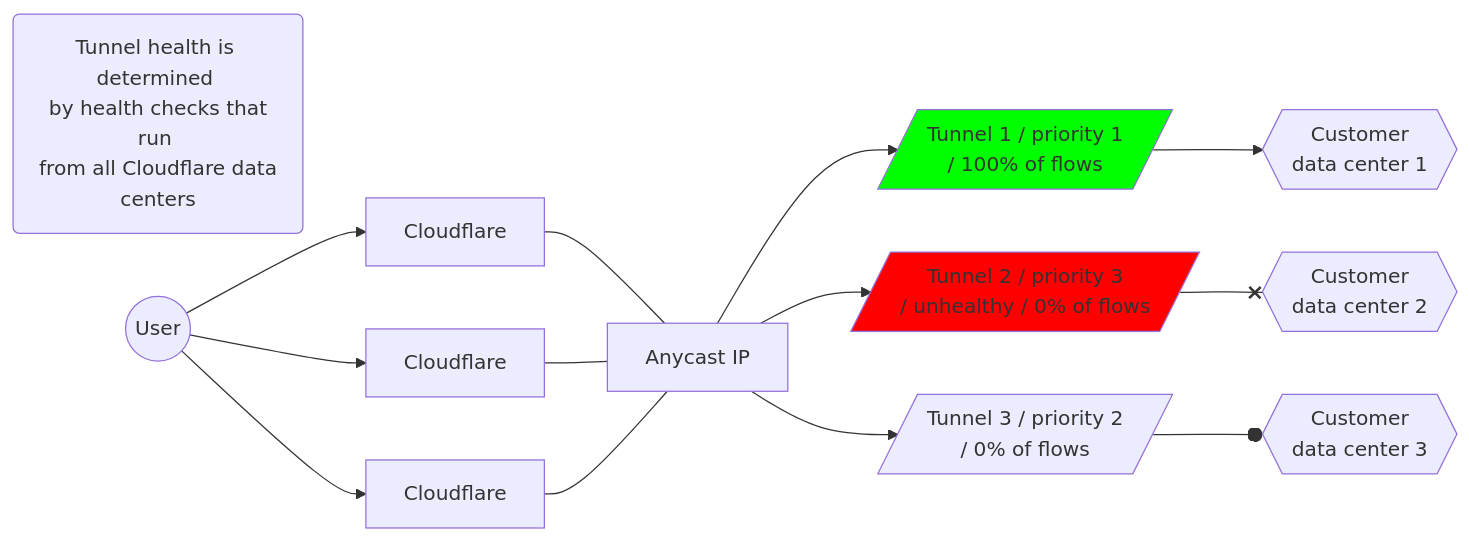
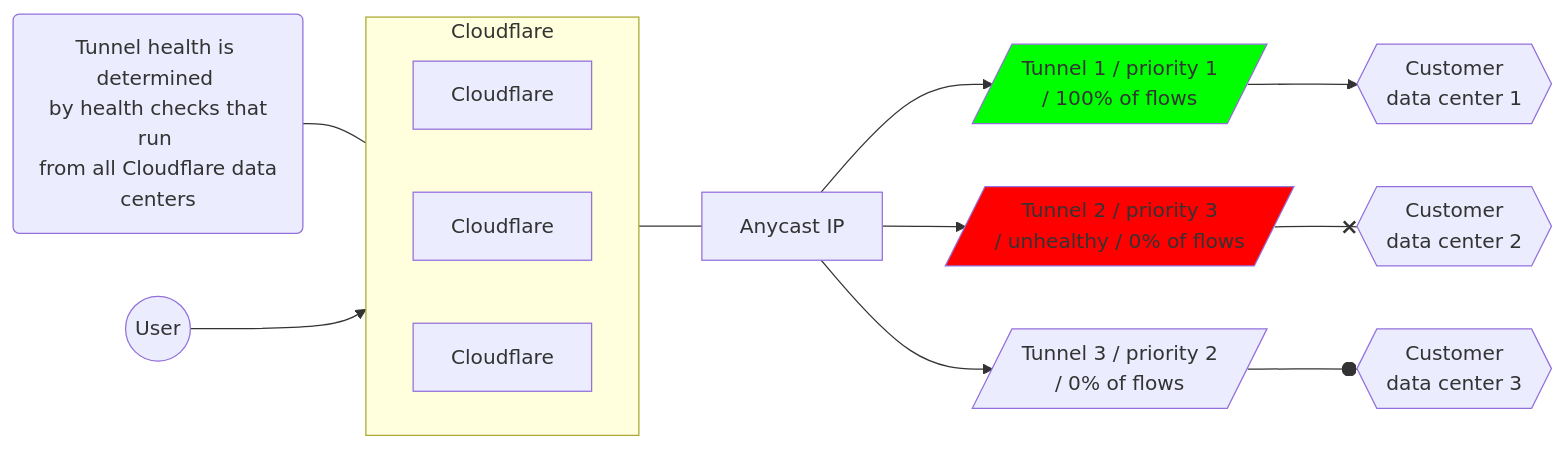
One commit to cloudflare/cloudflare-docs changed the third of 4 diagrams in content/magic-transit/reference/traffic-steering.md. Above: the diagram before and after it, drawn with Mermaid. The commit also changed other lines of this file, not shown here.

Commit message:
corrected graphics

````diff
--- a/content/magic-transit/reference/traffic-steering.md
+++ b/content/magic-transit/reference/traffic-steering.md
@@ -67,12 +83,20 @@
 ```mermaid
 flowchart LR
 accTitle: Tunnels diagram
 accDescr: This example has Tunnel 2 unhealthy, and all traffic prioritized to Tunnel 1.
+
+subgraph Cloudflare
+direction LR
+B[Cloudflare]
+C[Cloudflare]
+D[Cloudflare]
+end
+
+Z(Tunnel health is determined <br> by health checks that run <br> from all Cloudflare data centers) --- Cloudflare
+A((User)) --> Cloudflare --- E[Anycast IP]
+E[Anycast IP] --> F[/Tunnel 1 / priority 1 <br> / 100% of flows/]:::green --> I{{Customer <br> data center 1}}
+E[Anycast IP] --> G[/Tunnel 2 / priority 3 <br> / unhealthy / 0% of flows/]:::red --x J{{Customer <br> data center 2}}
+E[Anycast IP] --> H[/Tunnel 3 / priority 2 <br> / 0% of flows/] --o K{{Customer <br> data center 3}}
 classDef red fill:#FF0000
 classDef green fill:#00FF00
-D(Tunnel health is determined <br> by health checks that run <br> from all Cloudflare data centers)
-A((User)) --> B[Cloudflare] & x[Cloudflare] & z[Cloudflare] --- C[Anycast IP]
-C[Anycast IP] --> E[/Tunnel 1 / priority 1 <br> / 100% of flows/]:::green --> H{{Customer <br> data center 1}}
-C[Anycast IP] --> F[/Tunnel 2 / priority 3 <br> / unhealthy / 0% of flows/]:::red --x I{{Customer <br> data center 2}}
-C[Anycast IP] --> G[/Tunnel 3 / priority 2 <br> / 0% of flows/] --o J{{Customer <br> data center 3}}
 ```
````
